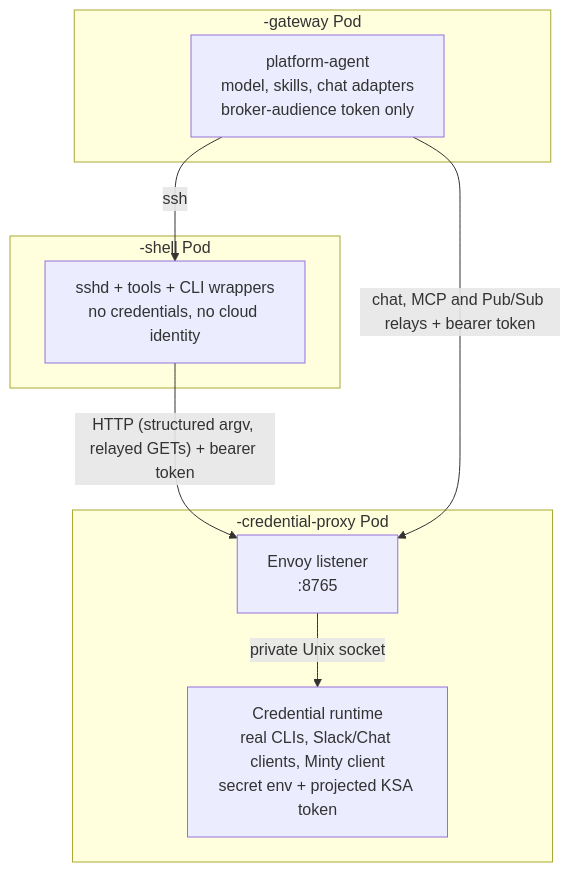
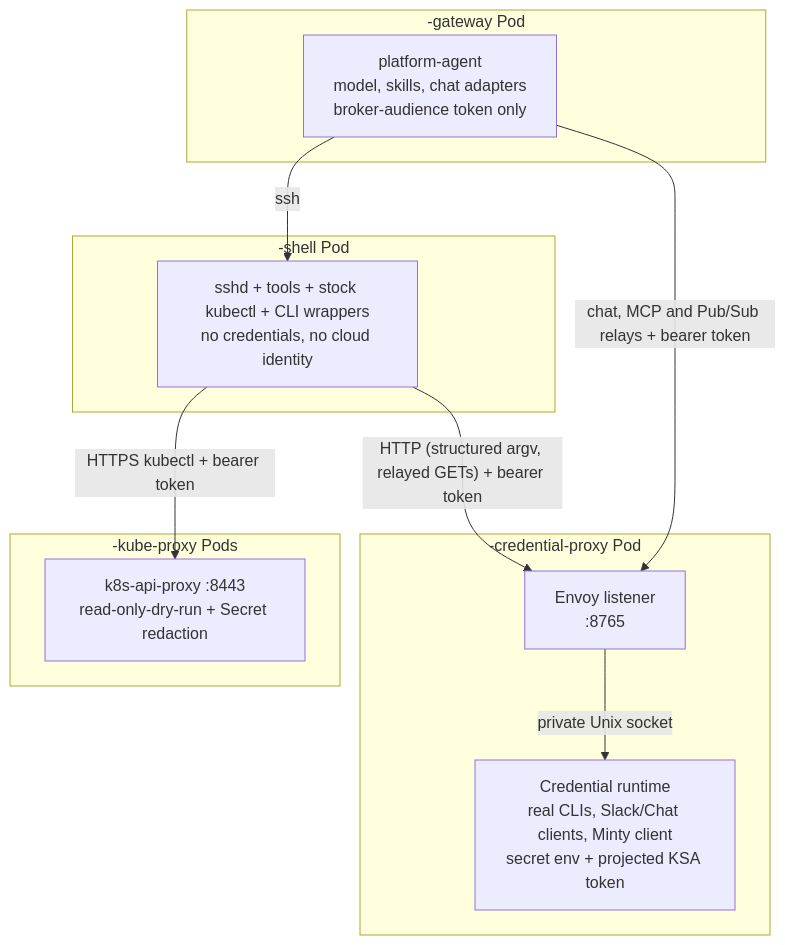
The diagram in docs/site/src/content/docs/reference/credential-isolation.md (gke-labs/kube-agents), drawn with Mermaid before and after one commit. The commit also changed other lines of this file and 50 other files, not shown here.

Commit message:
feat(kube-proxy): wire session pods to kube-proxy and remove session kubectl from credential-proxy (#4936)

````diff
--- a/docs/site/src/content/docs/reference/credential-isolation.md
+++ b/docs/site/src/content/docs/reference/credential-isolation.md
@@ -46,17 +47,21 @@
 ```mermaid
 flowchart TB
     subgraph GW["<name>-gateway Pod"]
         AGENT["platform-agent<br/>model, skills, chat adapters<br/>broker-audience token only"]
     end
     subgraph SH["<name>-shell Pod"]
-        SHELL["sshd + tools + CLI wrappers<br/>no credentials, no cloud identity"]
+        SHELL["sshd + tools + stock kubectl + CLI wrappers<br/>no credentials, no cloud identity"]
+    end
+    subgraph KP["<name>-kube-proxy Pods"]
+        KPROXY["k8s-api-proxy :8443<br/>read-only-dry-run + Secret redaction"]
     end
     subgraph BR["<name>-credential-proxy Pod"]
         ENVOY["Envoy listener<br/>:8765"]
         RUNTIME["Credential runtime<br/>real CLIs, Slack/Chat clients, Minty client<br/>secret env + projected KSA token"]
     end
     AGENT -->|ssh| SHELL
+    SHELL -->|"HTTPS kubectl + bearer token"| KPROXY
     SHELL -->|"HTTP (structured argv, relayed GETs) + bearer token"| ENVOY
     AGENT -->|"chat, MCP and Pub/Sub relays + bearer token"| ENVOY
     ENVOY -->|private Unix socket| RUNTIME
 ```
````
